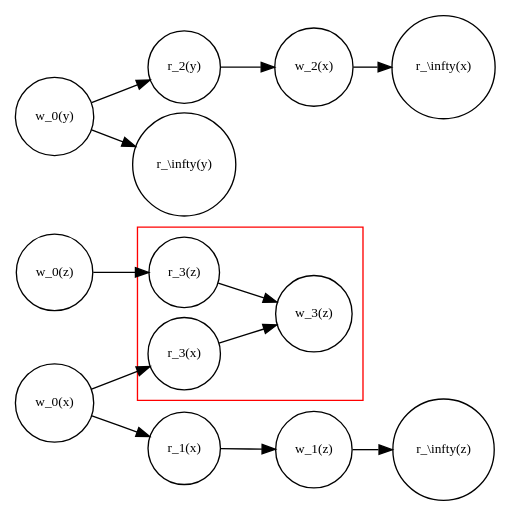
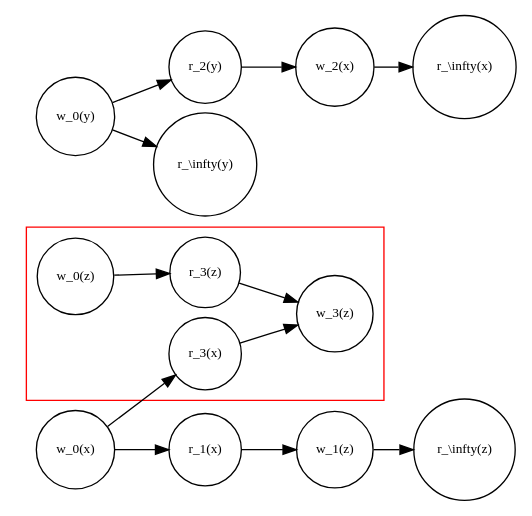
The diagram in Transaktionssysteme/Uebung/uebung02/graph_2.dot (Occams/WS11-12), drawn with Graphviz before and after one commit. The commit also changed 4 other files, not shown here.

```diff
--- a/Transaktionssysteme/Uebung/uebung02/graph_2.dot
+++ b/Transaktionssysteme/Uebung/uebung02/graph_2.dot
@@ -1,11 +1,11 @@
 digraph G {
 	graph [ranksep=0.4, nodesep=0.1,rankdir=LR]
   node [shape=circle,fontsize=10];
-	{rank="same"; "w_0(x)";"w_0(y)";"w_0(z)"}
+	{rank="same"; "w_0(x)";"w_0(y)"}
 	"w_0(x)"->"r_3(x)"->"w_3(z)"
 	"w_0(x)"->"r_1(x)"->"w_1(z)"->"r_\\infty(z)" 
 	"w_0(y)"->"r_2(y)" -> "w_2(x)" -> "r_\\infty(x)"
 	"w_0(y)"->"r_\\infty(y)"
 	"w_0(z)" -> "r_3(z)" -> "w_3(z)"
-	subgraph cluster_0 {"r_3(z)"; "w_3(z)";"r_3(x)";color=red; style=solid}
+	subgraph cluster_0 {"w_0(z)"; "r_3(z)"; "w_3(z)";"r_3(x)";color=red; style=solid}
 }
```
